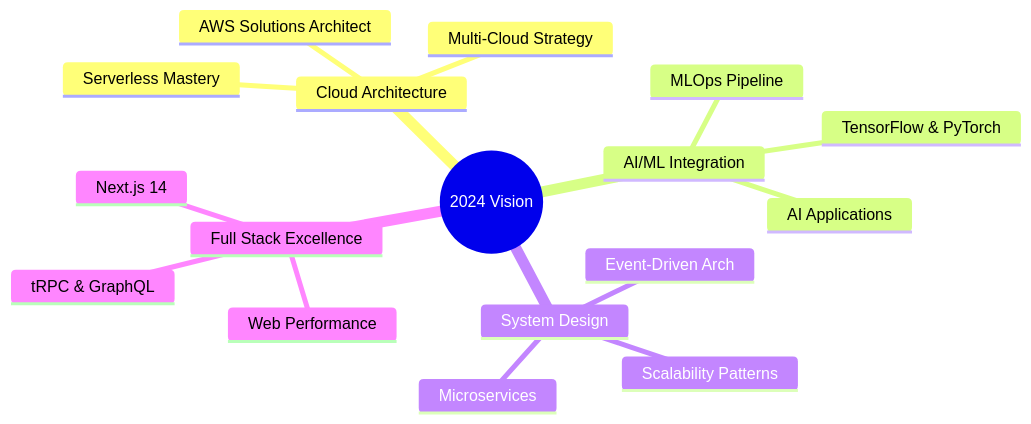
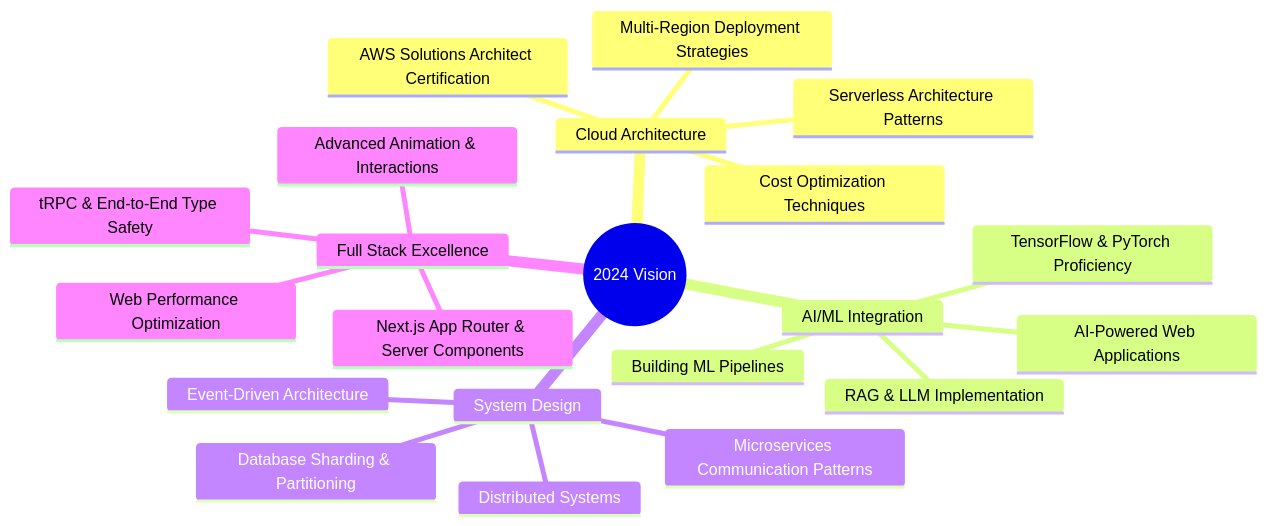
The diagram in README.md (Ajmal2727/Ajmal2727), drawn with Mermaid before and after one commit. The commit also changed other lines of this file, not shown here.

````diff
--- a/README.md
+++ b/README.md
@@ -135,20 +171,24 @@
 ```mermaid
 mindmap
   root((2024 Vision))
     Cloud Architecture
-      AWS Solutions Architect
-      Multi-Cloud Strategy
-      Serverless Mastery
+      AWS Solutions Architect Certification
+      Serverless Architecture Patterns
+      Multi-Region Deployment Strategies
+      Cost Optimization Techniques
     AI/ML Integration
-      TensorFlow & PyTorch
-      MLOps Pipeline
-      AI Applications
+      TensorFlow & PyTorch Proficiency
+      Building ML Pipelines
+      AI-Powered Web Applications
+      RAG & LLM Implementation
     System Design
-      Microservices
-      Event-Driven Arch
-      Scalability Patterns
+      Distributed Systems
+      Event-Driven Architecture
+      Database Sharding & Partitioning
+      Microservices Communication Patterns
     Full Stack Excellence
-      Next.js 14
-      tRPC & GraphQL
-      Web Performance
+      Next.js App Router & Server Components
+      tRPC & End-to-End Type Safety
+      Web Performance Optimization
+      Advanced Animation & Interactions
 ```
````
